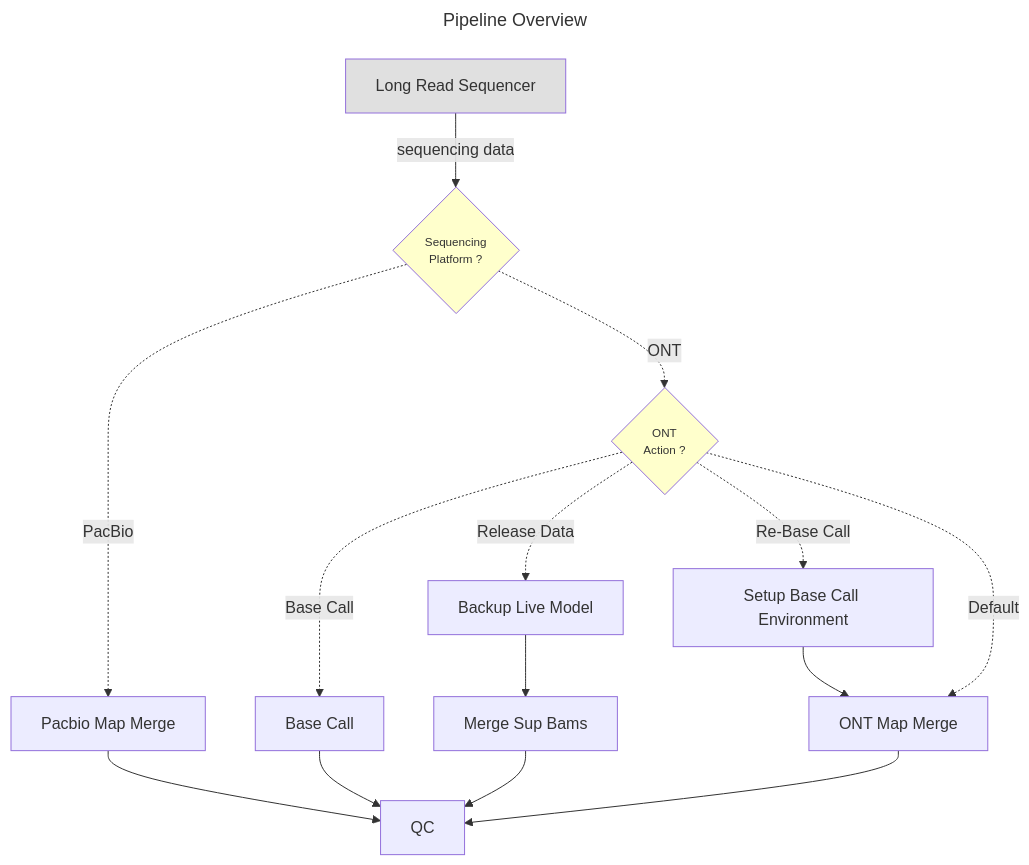
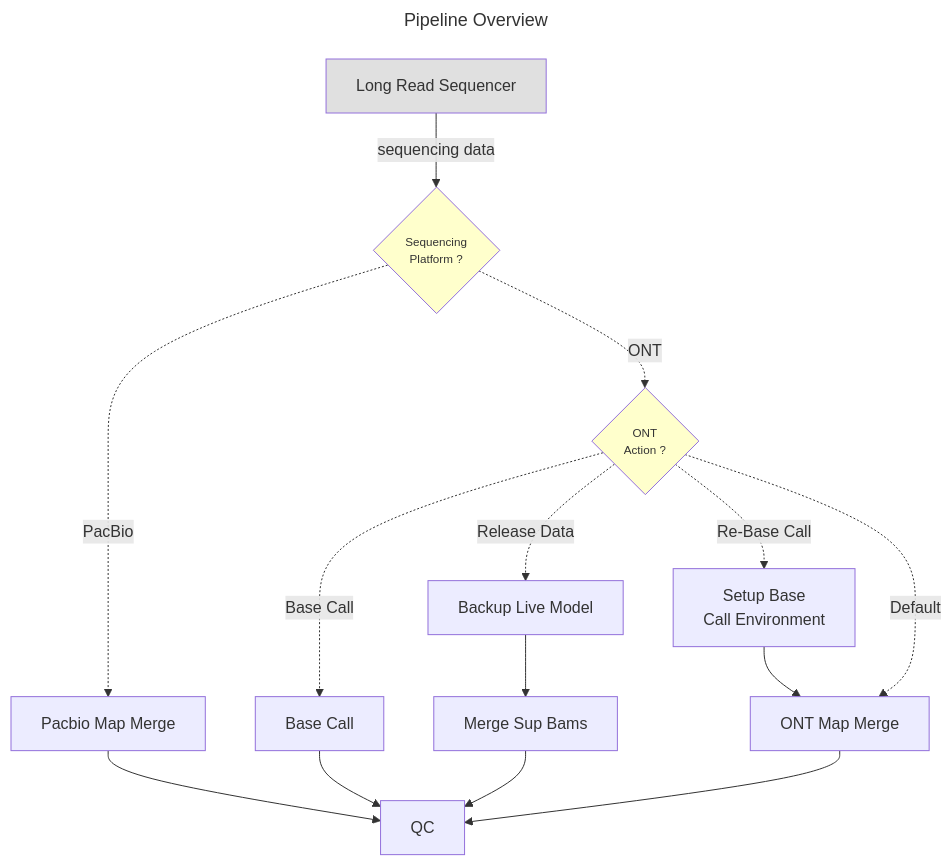
Before and after one commit to NickersonGenomeSciUW/nwgc-longread-map-merge-qc: the first of 2 diagrams in README.md, drawn with Mermaid. The commit also changed other lines of this file, not shown here.

Commit message:
README.md - added pacbio map merge diagram

````diff
--- a/README.md
+++ b/README.md
@@ -13,27 +13,27 @@
 ```mermaid
 ---
 title: Pipeline Overview
 ---
 flowchart TD
 A["Long Read Sequencer"] -- "sequencing data" --> B
 style A fill:#E0E0E0
 B@{shape: diamond, label: "Sequencing<BR>Platform ?"}
 style B fill:#ffffcc
 style B font-size:0.9em
 B -. "PacBio" .-> C
 C["Pacbio Map Merge"] --> E
 B -. "ONT" .-> D
 D@{shape: diamond, label: "ONT<BR>Action ?"}
 style D fill:#ffffcc
 style D font-size:0.9em
 E["QC"]
 D -. "Base Call" .-> F
 F["Base Call"] --> E
 D -. "Release Data" .-> G
 G["Backup Live Model"] --> H
 H["Merge Sup Bams"] --> E
 D -. "Re-Base Call" .-> I
-I["Setup Base Call Environment"] --> J
+I["Setup Base<BR>Call Environment"] --> J
 J["ONT Map Merge"] --> E
 D -. "Default" .-> J
 ```
````
